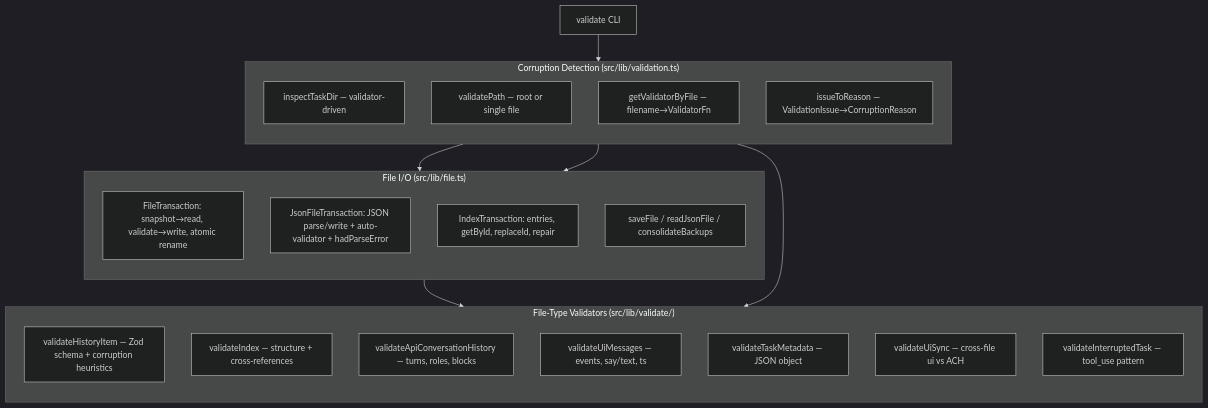
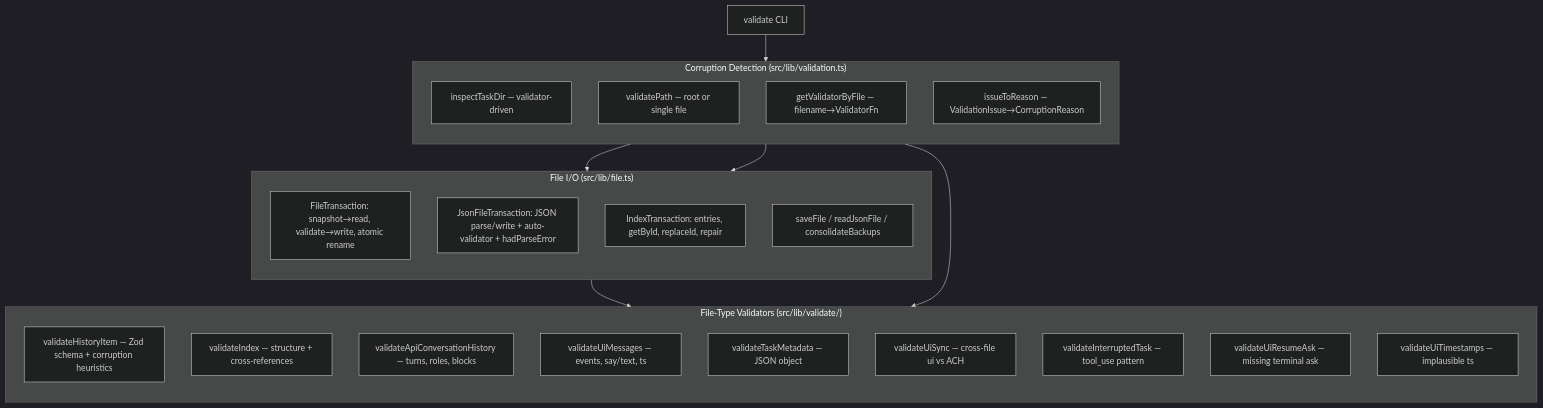
The first of 10 diagrams in SPECIFICATION.md (metaworx/zoo-code-history-repair), drawn with Mermaid (dark theme) before and after one commit. The commit also changed other lines of this file and 19 other files, not shown here.

First line of the commit message:
[FIX] v0.8.3: Detect missing terminal ask and invalid UI timestamps

````diff
--- a/SPECIFICATION.md
+++ b/SPECIFICATION.md
@@ -369,35 +374,37 @@
 ```mermaid
 flowchart TB
     subgraph Validators["File-Type Validators (src/lib/validate/)"]
         direction TB
         V1["validateHistoryItem — Zod schema + corruption heuristics"]
         V2["validateIndex — structure + cross-references"]
         V3["validateApiConversationHistory — turns, roles, blocks"]
         V4["validateUiMessages — events, say/text, ts"]
         V5["validateTaskMetadata — JSON object"]
         V6["validateUiSync — cross-file ui vs ACH"]
         V7["validateInterruptedTask — tool_use pattern"]
+        V8["validateUiResumeAsk — missing terminal ask"]
+        V9["validateUiTimestamps — implausible ts"]
     end
 
     subgraph FileIO["File I/O (src/lib/file.ts)"]
         direction TB
         F1["FileTransaction: snapshot→read, validate→write, atomic rename"]
         F2["JsonFileTransaction: JSON parse/write + auto-validator + hadParseError"]
         F3["IndexTransaction: entries, getById, replaceId, repair"]
         F4["saveFile / readJsonFile / consolidateBackups"]
     end
 
     subgraph Detection["Corruption Detection (src/lib/validation.ts)"]
         direction TB
         D1["inspectTaskDir — validator-driven"]
         D2["validatePath — root or single file"]
         D3["getValidatorByFile — filename→ValidatorFn"]
         D4["issueToReason — ValidationIssue→CorruptionReason"]
     end
 
     DetCmd["validate CLI"] --> D2
     D2 --> FileIO
     FileIO --> Validators
     D1 --> FileIO
     D1 --> Validators
 ```
````
